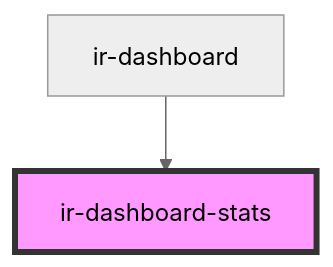
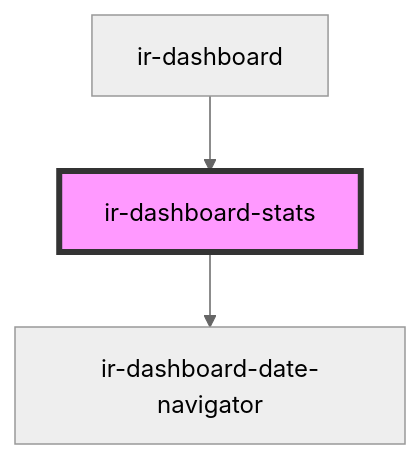
The diagram in src/components/ir-dashboard/ir-dashboard-stats/readme.md (RonyRizk/ir-webcmp), drawn with Mermaid (neutral theme) before and after one commit. The commit also changed other lines of this file and 17 other files, not shown here.

````diff
--- a/src/components/ir-dashboard/ir-dashboard-stats/readme.md
+++ b/src/components/ir-dashboard/ir-dashboard-stats/readme.md
@@ -40,5 +52,6 @@
 ```mermaid
 graph TD;
+  ir-dashboard-stats --> ir-dashboard-date-navigator
   ir-dashboard --> ir-dashboard-stats
   style ir-dashboard-stats fill:#f9f,stroke:#333,stroke-width:4px
 ```
````
